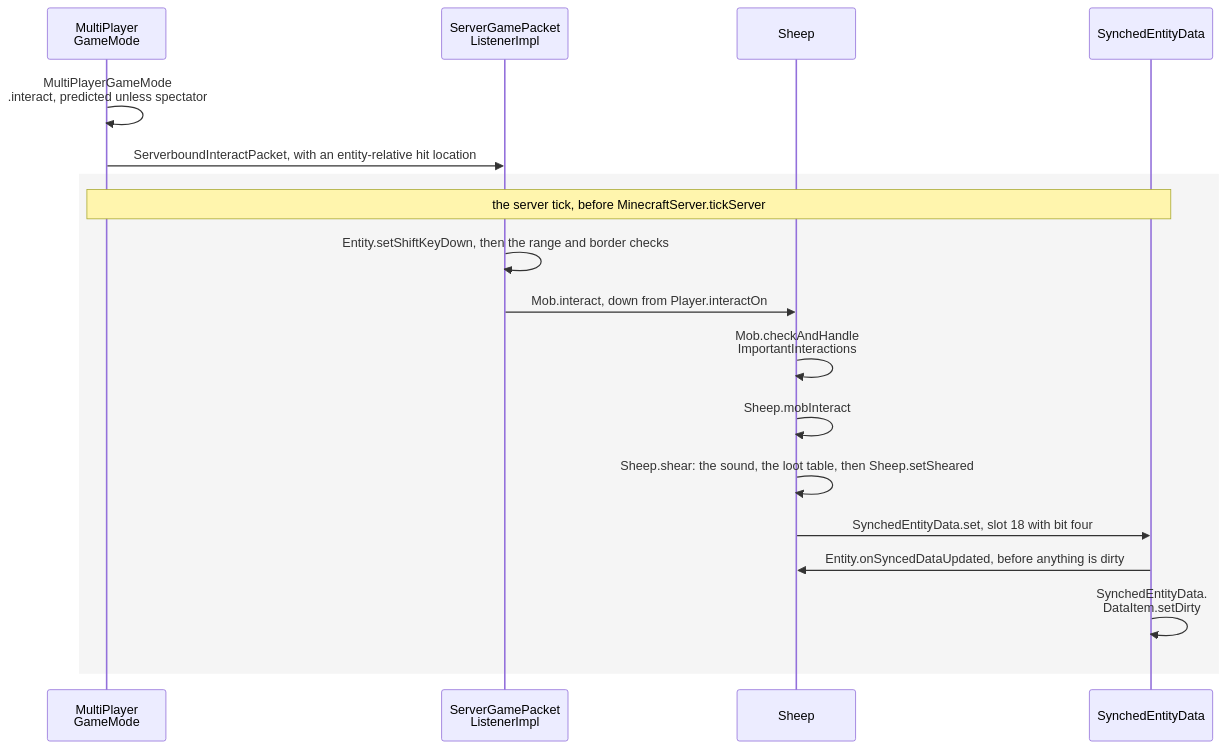
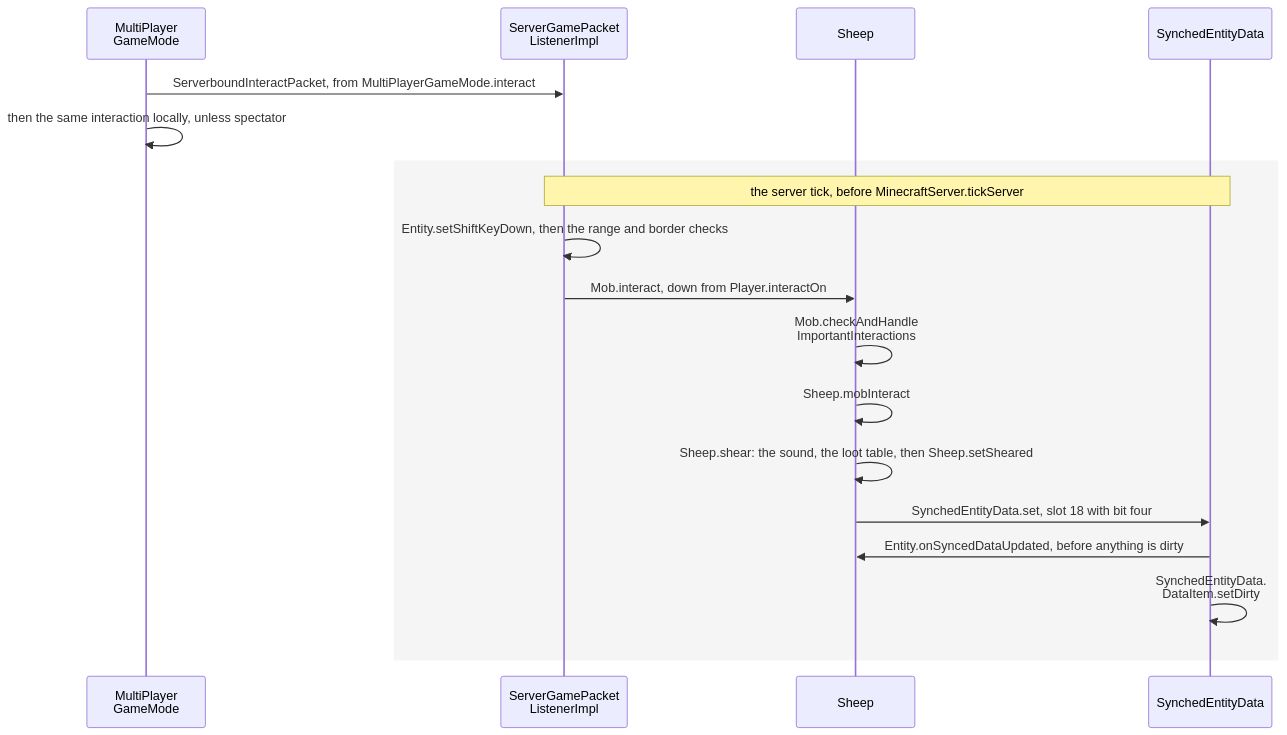
One commit to AlexanderjFraser/MinecraftDocs changed the first of 3 diagrams in src/systems/entities/synched-entity-data.md. Above: the diagram before and after it, drawn with Mermaid. The commit also changed other lines of this file and 21 other files, not shown here.

````diff
--- a/src/systems/entities/synched-entity-data.md
+++ b/src/systems/entities/synched-entity-data.md
@@ -163,21 +163,21 @@
 ```mermaid
 sequenceDiagram
     participant MPGM as MultiPlayer<br/>GameMode
     participant SGPL as ServerGamePacket<br/>ListenerImpl
     participant Sheep as Sheep
     participant SED as SynchedEntityData
 
-    MPGM->>MPGM: MultiPlayerGameMode<br/>.interact, predicted unless spectator
-    MPGM->>SGPL: ServerboundInteractPacket, with an entity-relative hit location
+    MPGM->>SGPL: ServerboundInteractPacket, from MultiPlayerGameMode.interact
+    MPGM->>MPGM: then the same interaction locally, unless spectator
     rect rgba(0, 0, 0, 0.04)
-    Note over MPGM,SED: the server tick, before MinecraftServer.tickServer
+    Note over SGPL,SED: the server tick, before MinecraftServer.tickServer
     SGPL->>SGPL: Entity.setShiftKeyDown, then the range and border checks
     SGPL->>Sheep: Mob.interact, down from Player.interactOn
     Sheep->>Sheep: Mob.checkAndHandle<br/>ImportantInteractions
     Sheep->>Sheep: Sheep.mobInteract
     Sheep->>Sheep: Sheep.shear: the sound, the loot table, then Sheep.setSheared
     Sheep->>SED: SynchedEntityData.set, slot 18 with bit four
     SED->>Sheep: Entity.onSyncedDataUpdated, before anything is dirty
     SED->>SED: SynchedEntityData.<br/>DataItem.setDirty
     end
 ```
````
